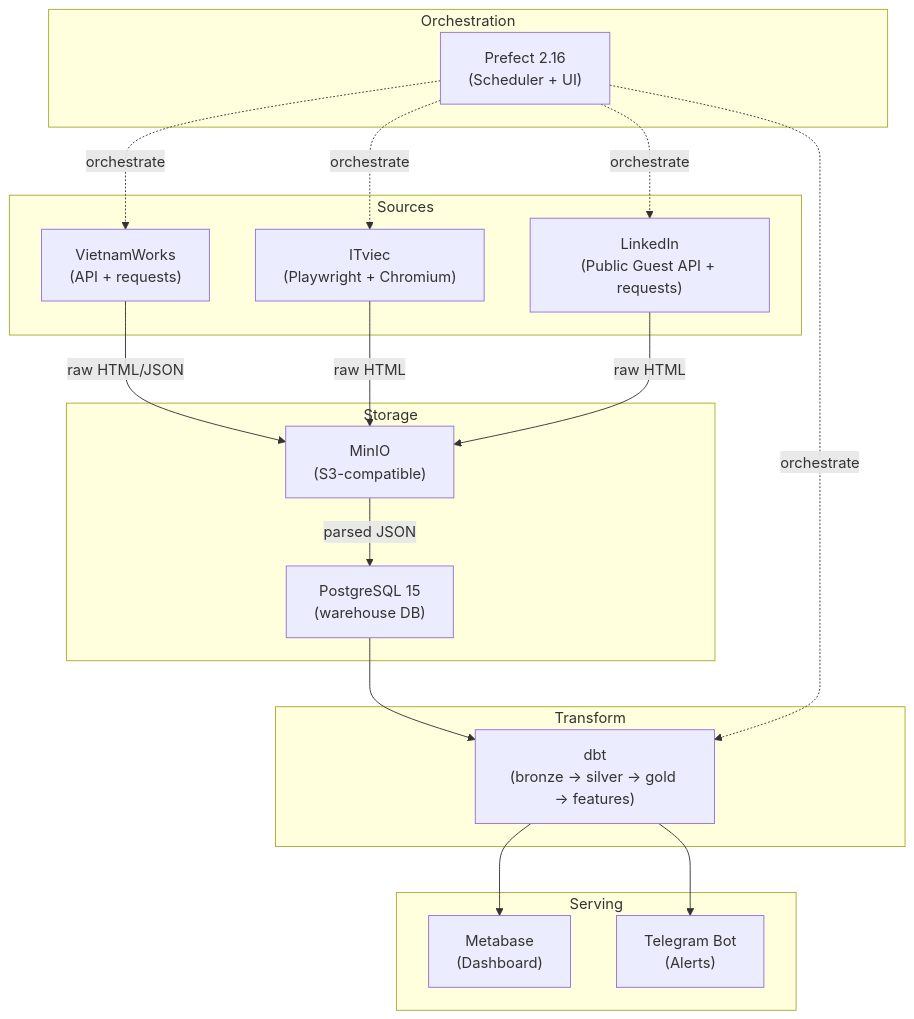
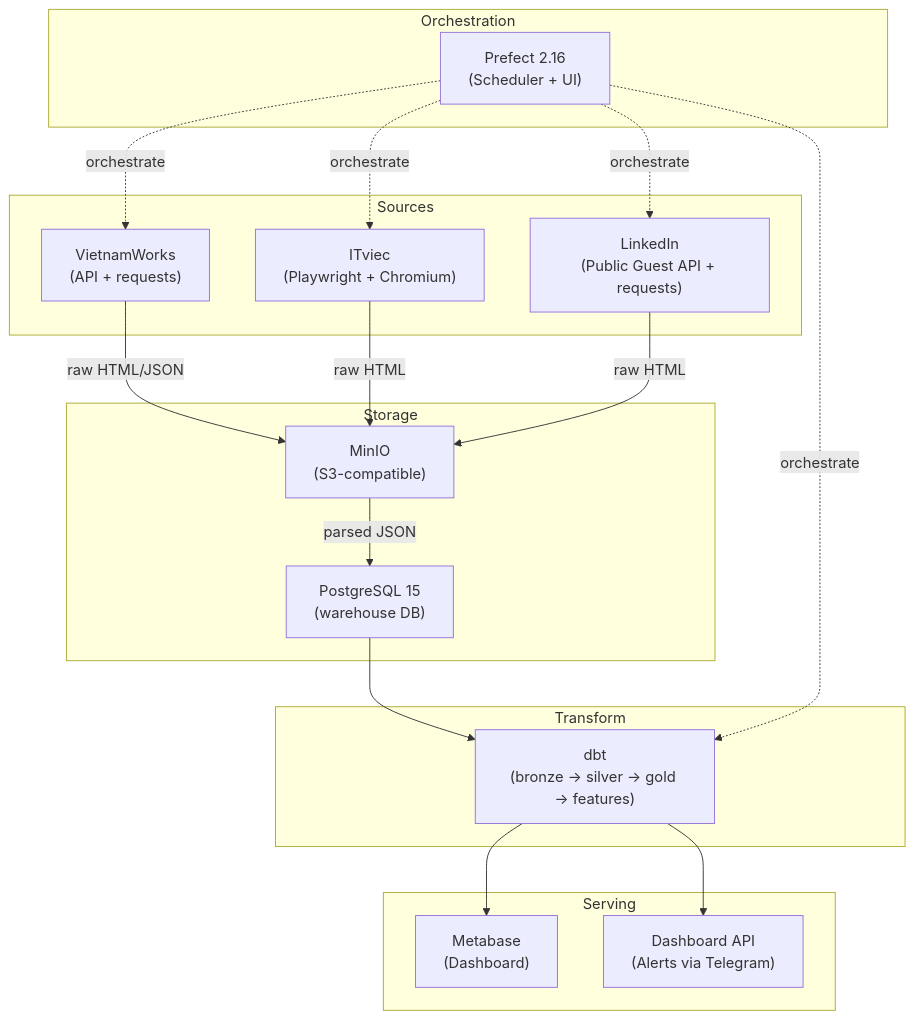
One commit to TalentPuse/TalentPulse_Pipeline_ETL-isolate changed the first of 13 diagrams in docs/ARCHITECTURE.md. Above: the diagram before and after it, drawn with Mermaid. The commit also changed other lines of this file, not shown here.

First line of the commit message:
docs: remove legacy telegram-bot from ARCHITECTURE.md

````diff
--- a/docs/ARCHITECTURE.md
+++ b/docs/ARCHITECTURE.md
@@ -23,38 +23,38 @@
 ```mermaid
 graph TB
     subgraph Sources
         VNW["VietnamWorks<br/>(API + requests)"]
         ITV["ITviec<br/>(Playwright + Chromium)"]
         LKD["LinkedIn<br/>(Public Guest API + requests)"]
     end
 
     subgraph Storage
         MINIO["MinIO<br/>(S3-compatible)"]
         PG["PostgreSQL 15<br/>(warehouse DB)"]
     end
 
     subgraph Transform
         DBT["dbt<br/>(bronze → silver → gold → features)"]
     end
 
     subgraph Serving
         MB["Metabase<br/>(Dashboard)"]
-        TG["Telegram Bot<br/>(Alerts)"]
+        TG["Dashboard API<br/>(Alerts via Telegram)"]
     end
 
     subgraph Orchestration
         PF["Prefect 2.16<br/>(Scheduler + UI)"]
     end
 
     VNW -->|"raw HTML/JSON"| MINIO
     ITV -->|"raw HTML"| MINIO
     LKD -->|"raw HTML"| MINIO
     MINIO -->|"parsed JSON"| PG
     PG --> DBT
     DBT --> MB
     DBT --> TG
     PF -.->|"orchestrate"| VNW
     PF -.->|"orchestrate"| ITV
     PF -.->|"orchestrate"| LKD
     PF -.->|"orchestrate"| DBT
 ```
````
